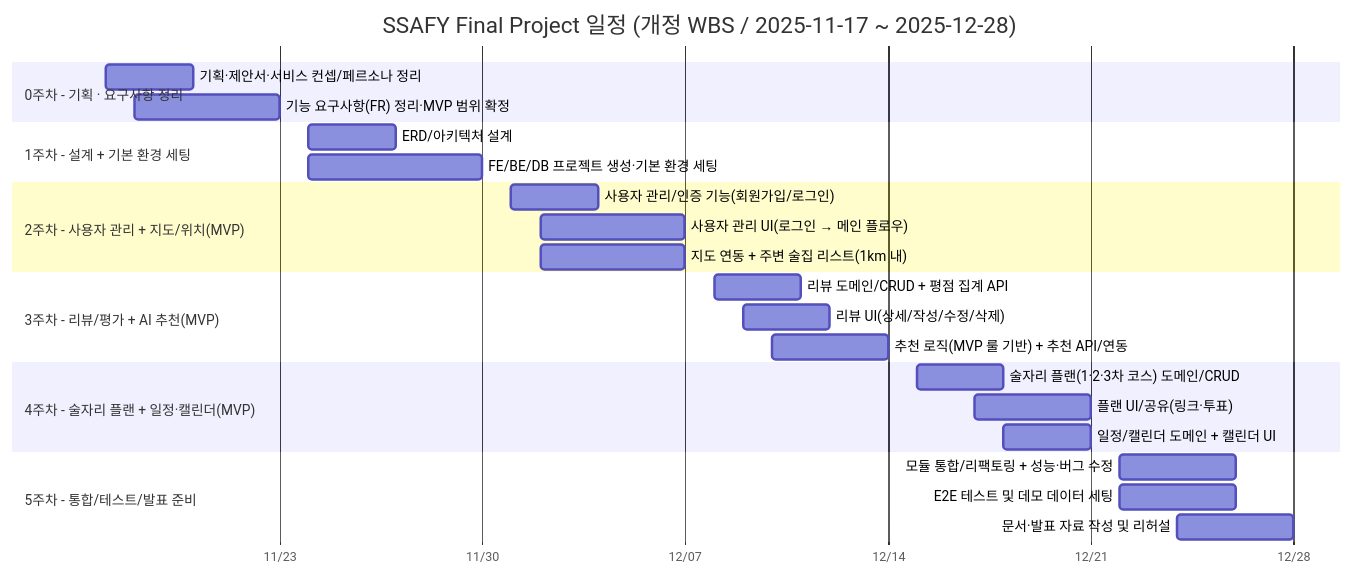
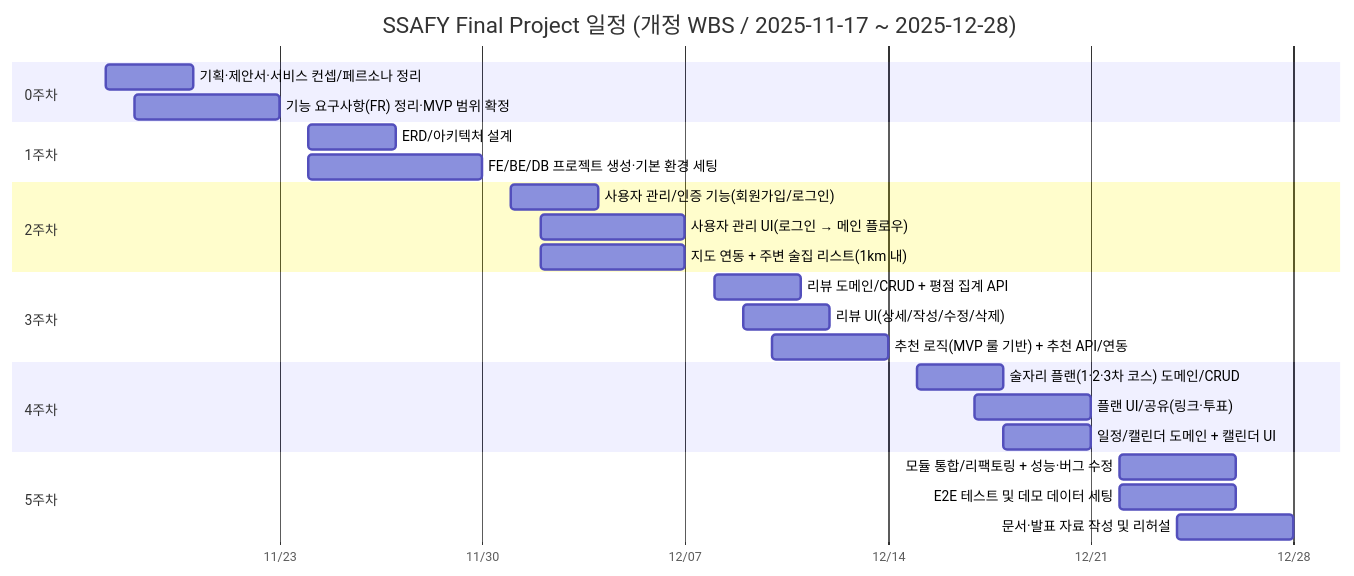
The diagram in docs/WBS/WBS.md (thsdmfwns/ssafy_final_passproject_planning), drawn with Mermaid before and after one commit. The commit also changed other lines of this file and 1 other file, not shown here.

Commit message:
rename sections

````diff
--- a/docs/WBS/WBS.md
+++ b/docs/WBS/WBS.md
@@ -1,34 +1,34 @@
 ```mermaid
 gantt
     title SSAFY Final Project 일정 (개정 WBS / 2025-11-17 ~ 2025-12-28)
     dateFormat  YYYY-MM-DD
     axisFormat  %m/%d
 
-    section 0주차 - 기획 · 요구사항 정리
+    section 0주차
     기획·제안서·서비스 컨셉/페르소나 정리      :2025-11-17, 2025-11-20
     기능 요구사항(FR) 정리·MVP 범위 확정       :2025-11-18, 2025-11-23
 
-    section 1주차 - 설계 + 기본 환경 세팅
+    section 1주차
     ERD/아키텍처 설계                          :2025-11-24, 2025-11-27
     FE/BE/DB 프로젝트 생성·기본 환경 세팅      :2025-11-24, 2025-11-30
 
-    section 2주차 - 사용자 관리 + 지도/위치(MVP)
+    section 2주차
     사용자 관리/인증 기능(회원가입/로그인)     :2025-12-01, 2025-12-04
     사용자 관리 UI(로그인 → 메인 플로우)       :2025-12-02, 2025-12-07
     지도 연동 + 주변 술집 리스트(1km 내)       :2025-12-02, 2025-12-07
 
-    section 3주차 - 리뷰/평가 + AI 추천(MVP)
+    section 3주차
     리뷰 도메인/CRUD + 평점 집계 API           :2025-12-08, 2025-12-11
     리뷰 UI(상세/작성/수정/삭제)               :2025-12-09, 2025-12-12
     추천 로직(MVP 룰 기반) + 추천 API/연동     :2025-12-10, 2025-12-14
 
-    section 4주차 - 술자리 플랜 + 일정·캘린더(MVP)
+    section 4주차
     술자리 플랜(1·2·3차 코스) 도메인/CRUD      :2025-12-15, 2025-12-18
     플랜 UI/공유(링크·투표)                    :2025-12-17, 2025-12-21
     일정/캘린더 도메인 + 캘린더 UI             :2025-12-18, 2025-12-21
 
-    section 5주차 - 통합/테스트/발표 준비
+    section 5주차
     모듈 통합/리팩토링 + 성능·버그 수정        :2025-12-22, 2025-12-26
     E2E 테스트 및 데모 데이터 세팅             :2025-12-22, 2025-12-26
     문서·발표 자료 작성 및 리허설              :2025-12-24, 2025-12-28
 ```
````
